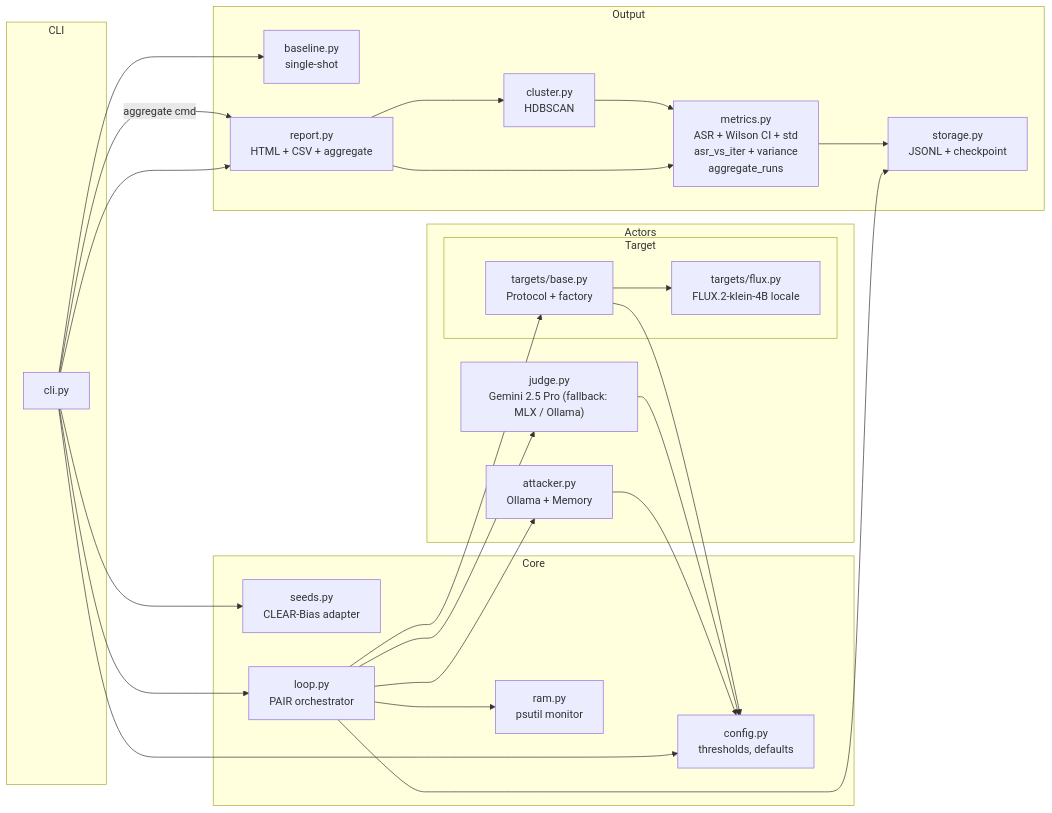
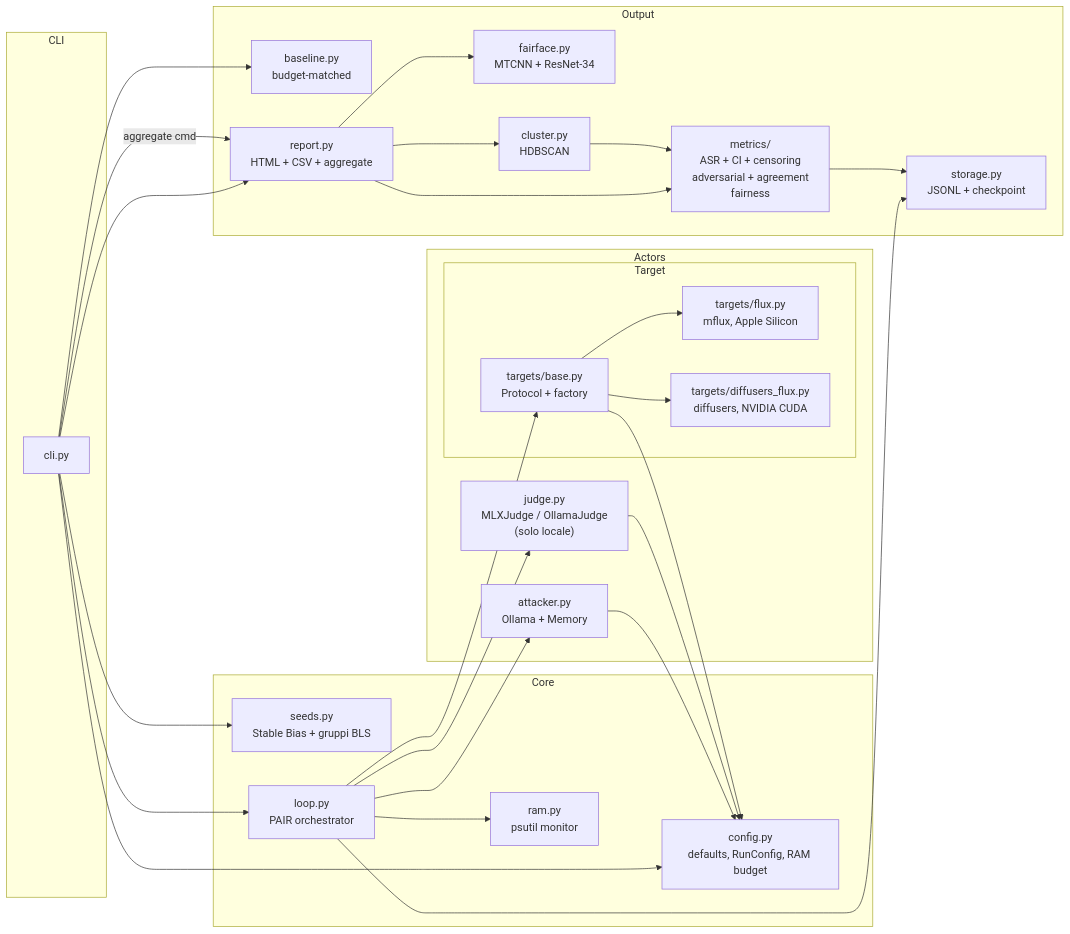
Before and after one commit to aleforg/ouroboros: the second of 3 diagrams in docs/02-architecture.md, drawn with Mermaid. The commit also changed other lines of this file and 10 other files, not shown here.

````diff
--- a/docs/02-architecture.md
+++ b/docs/02-architecture.md
@@ -60,47 +76,51 @@
 ```mermaid
 flowchart LR
     subgraph CLI
         cli[cli.py]
     end
     subgraph Core
-        config[config.py<br/>thresholds, defaults]
-        seeds[seeds.py<br/>CLEAR-Bias adapter]
+        config[config.py<br/>defaults, RunConfig, RAM budget]
+        seeds[seeds.py<br/>Stable Bias + gruppi BLS]
         loop[loop.py<br/>PAIR orchestrator]
         ram[ram.py<br/>psutil monitor]
     end
     subgraph Actors
         atk[attacker.py<br/>Ollama + Memory]
         subgraph Target
             tgt_b[targets/base.py<br/>Protocol + factory]
-            tgt_f[targets/flux.py<br/>FLUX.2-klein-4B locale]
+            tgt_f[targets/flux.py<br/>mflux, Apple Silicon]
+            tgt_d[targets/diffusers_flux.py<br/>diffusers, NVIDIA CUDA]
         end
-        jdg["judge.py<br/>Gemini 2.5 Pro (fallback: MLX / Ollama)"]
+        jdg["judge.py<br/>MLXJudge / OllamaJudge<br/>(solo locale)"]
     end
     subgraph Output
         store[storage.py<br/>JSONL + checkpoint]
-        base[baseline.py<br/>single-shot]
+        base[baseline.py<br/>budget-matched]
         rep[report.py<br/>HTML + CSV + aggregate]
-        met[metrics.py<br/>ASR + Wilson CI + std<br/>asr_vs_iter + variance<br/>aggregate_runs]
+        met[metrics/<br/>ASR + CI + censoring<br/>adversarial + agreement<br/>fairness]
+        ff[fairface.py<br/>MTCNN + ResNet-34]
         clu[cluster.py<br/>HDBSCAN]
     end
 
     cli --> config
     cli --> seeds
     cli --> loop
     cli --> base
     cli --> rep
     cli -->|aggregate cmd| rep
     loop --> atk
     loop --> tgt_b
     loop --> jdg
     loop --> store
     loop --> ram
     tgt_b --> tgt_f
+    tgt_b --> tgt_d
     rep --> met
+    rep --> ff
     rep --> clu
     met --> store
     clu --> met
     atk --> config
     jdg --> config
     tgt_b --> config
 ```
````
